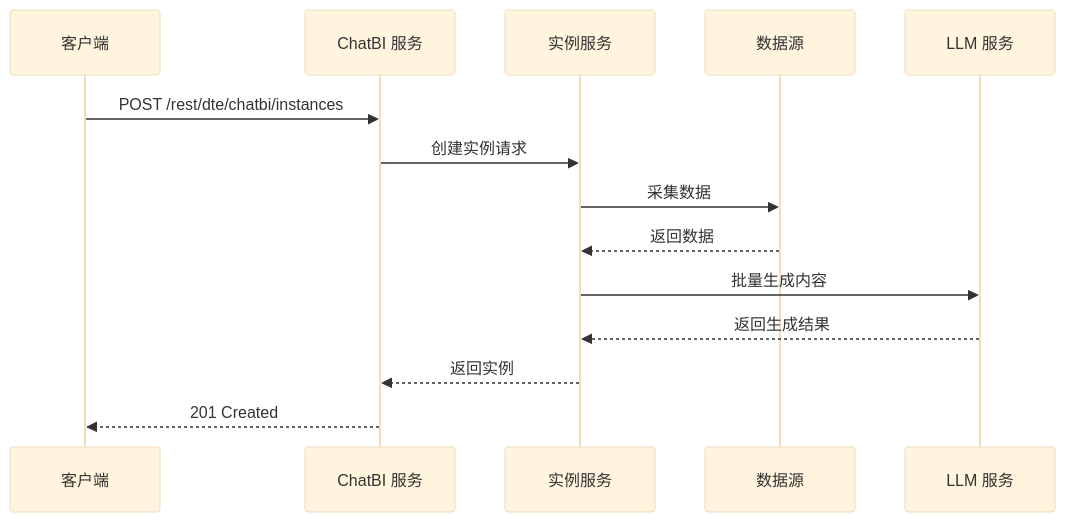
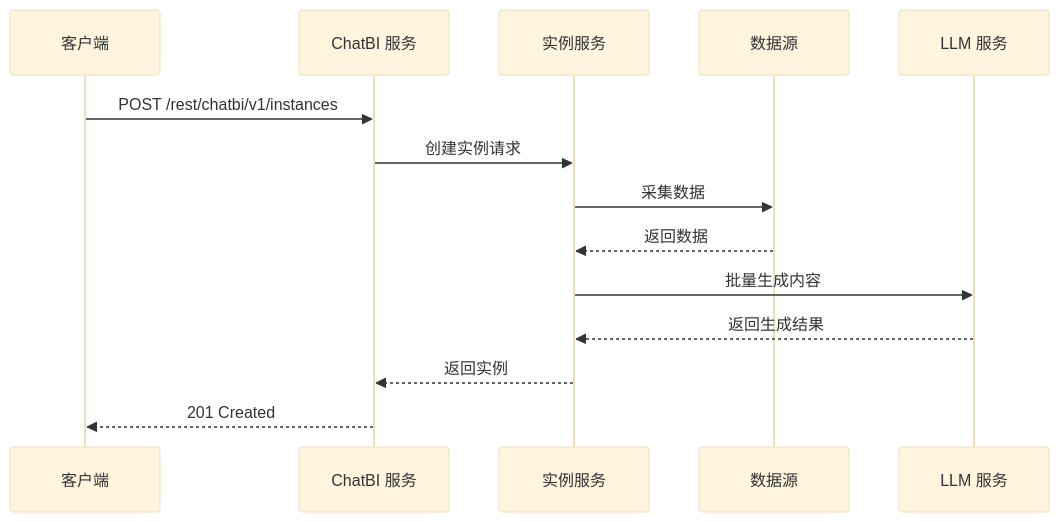
Before and after one commit to shel447/ReportSystem: the first of 3 diagrams in design/design_api.md, drawn with Mermaid (base theme). The commit also changed other lines of this file and 25 other files, not shown here.

````diff
--- a/design/design_api.md
+++ b/design/design_api.md
@@ -11,17 +11,17 @@
 ```mermaid
 sequenceDiagram
     participant Client as 客户端
     participant ChatBI as ChatBI 服务
     participant Instance as 实例服务
     participant Data as 数据源
     participant LLM as LLM 服务
 
-    Client->>ChatBI: POST /rest/dte/chatbi/instances
+    Client->>ChatBI: POST /rest/chatbi/v1/instances
     ChatBI->>Instance: 创建实例请求
     Instance->>Data: 采集数据
     Data-->>Instance: 返回数据
     Instance->>LLM: 批量生成内容
     LLM-->>Instance: 返回生成结果
     Instance-->>ChatBI: 返回实例
     ChatBI-->>Client: 201 Created
 ```
````
